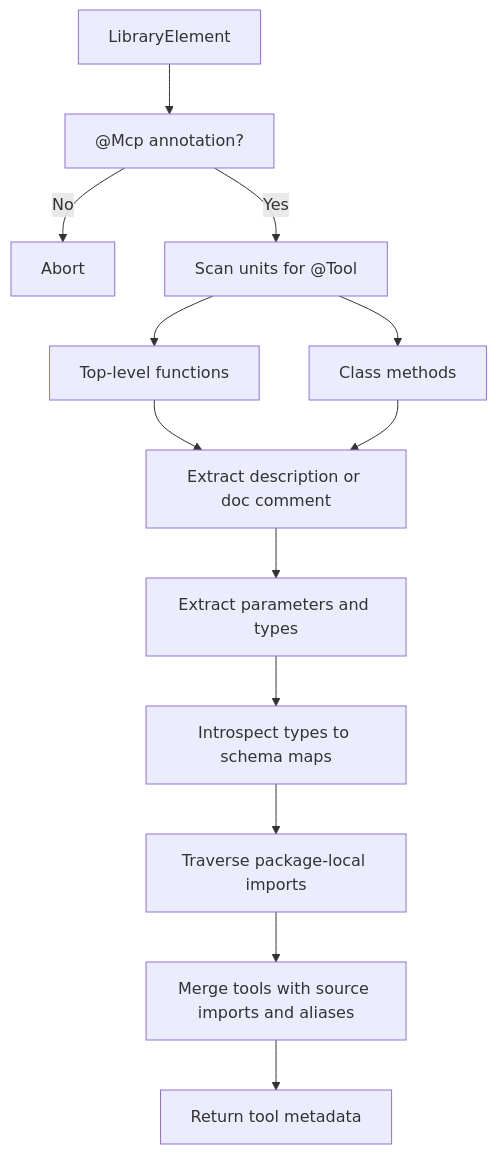
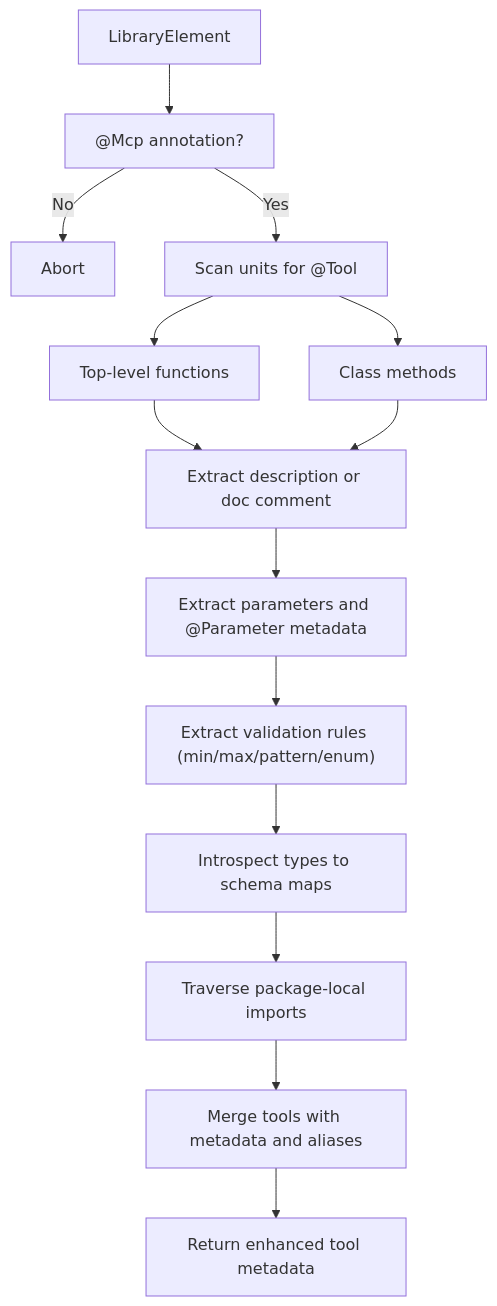
Before and after one commit to cdavis-code/easy_mcp_workspace: the fifth of 9 diagrams in .qoder/repowiki/en/content/Core Concepts/Code Generation Workflow.md, drawn with Mermaid. The commit also changed other lines of this file and 4 other files, not shown here.

````diff
--- a/.qoder/repowiki/en/content/Core Concepts/Code Generation Workflow.md
+++ b/.qoder/repowiki/en/content/Core Concepts/Code Generation Workflow.md
@@ -194,15 +220,16 @@
 ```mermaid
 flowchart TD
 L["LibraryElement"] --> Check["@Mcp annotation?"]
 Check --> |No| Stop["Abort"]
 Check --> |Yes| Scan["Scan units for @Tool"]
 Scan --> TL["Top-level functions"]
 Scan --> CL["Class methods"]
 TL --> Desc["Extract description or doc comment"]
 CL --> Desc
-Desc --> Params["Extract parameters and types"]
-Params --> Introspect["Introspect types to schema maps"]
+Desc --> Params["Extract parameters and @Parameter metadata"]
+Params --> Validation["Extract validation rules (min/max/pattern/enum)"]
+Validation --> Introspect["Introspect types to schema maps"]
 Introspect --> Imports["Traverse package-local imports"]
-Imports --> Merge["Merge tools with source imports and aliases"]
-Merge --> Done["Return tool metadata"]
+Imports --> Merge["Merge tools with metadata and aliases"]
+Merge --> Done["Return enhanced tool metadata"]
 ```
````
